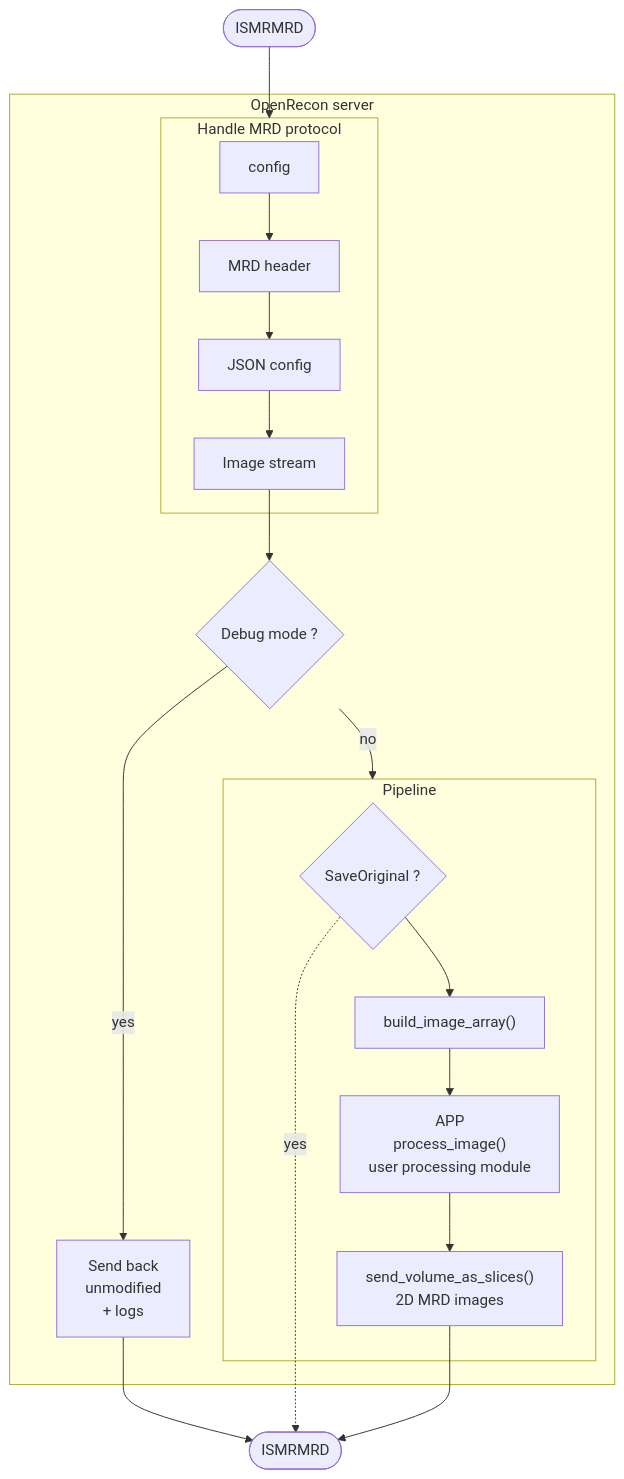
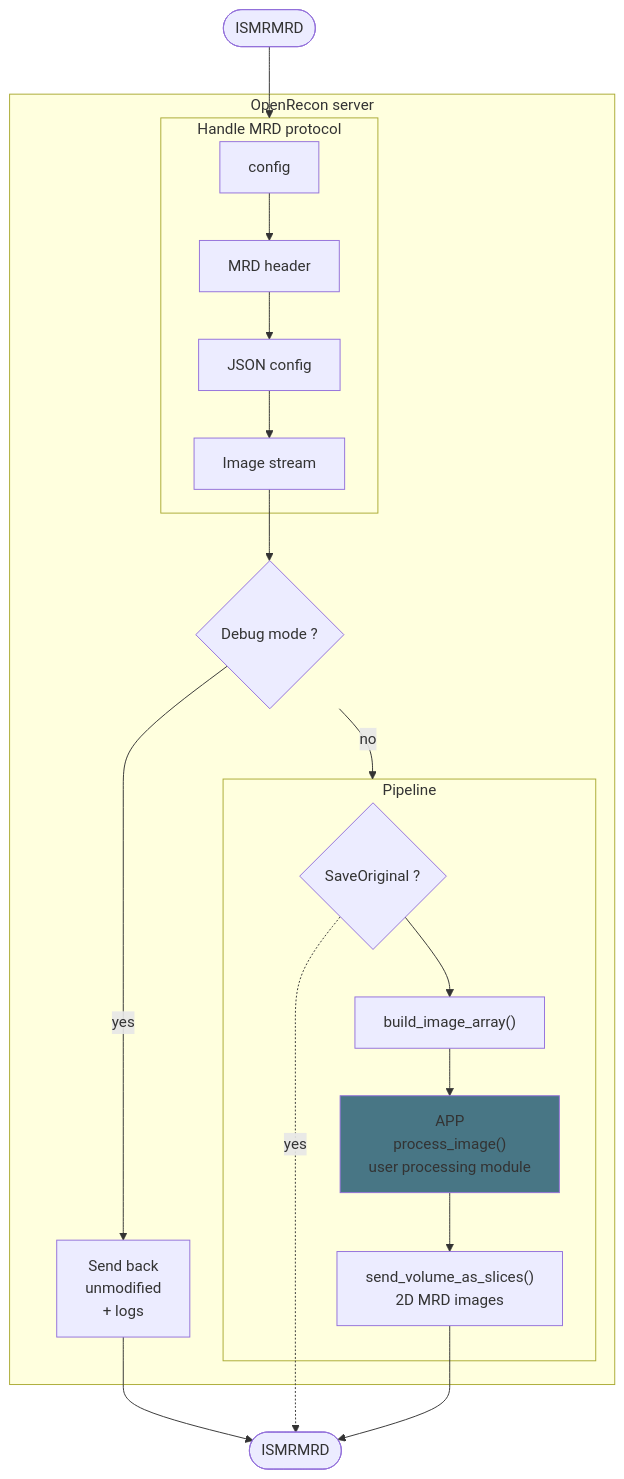
Before and after one commit to benoitberanger/python-openrecon-server: the first of 2 diagrams in README.md, drawn with Mermaid. The commit also changed other lines of this file and 4 other files, not shown here.

Commit message:
workflow diagram for app module + normalise function

````diff
--- a/README.md
+++ b/README.md
@@ -30,36 +30,37 @@
 ```mermaid
 flowchart TB
     input([ISMRMRD]) --> handle
 
     subgraph server[OpenRecon server]
 
         subgraph handle["Handle MRD protocol"]
             config["config"]
             metadata["MRD header"]
             json["JSON config"]
             image_stream["Image stream"]
 
             config --> metadata --> json --> image_stream
         end
 
         image_stream --> debug{Debug mode ?}
 
         debug -->|yes| passthrough["Send back\nunmodified\n+ logs"]
 
         debug -->|no| pipeline
 
         subgraph pipeline["Pipeline"]
             save_orig{"SaveOriginal ?"}
             nd_array["build_image_array()"]
             app["APP\nprocess_image()\nuser processing module"]
             send_slices["send_volume_as_slices()\n2D MRD images"]
 
-            save_orig --> nd_array --> app --> send_slices
+            save_orig --> nd_array --> app:::test --> send_slices
         end
 
     end
 
     passthrough --> output([ISMRMRD])
     save_orig -.->|yes| output
     send_slices --> output
+    classDef test fill: #487685
 ```
````
